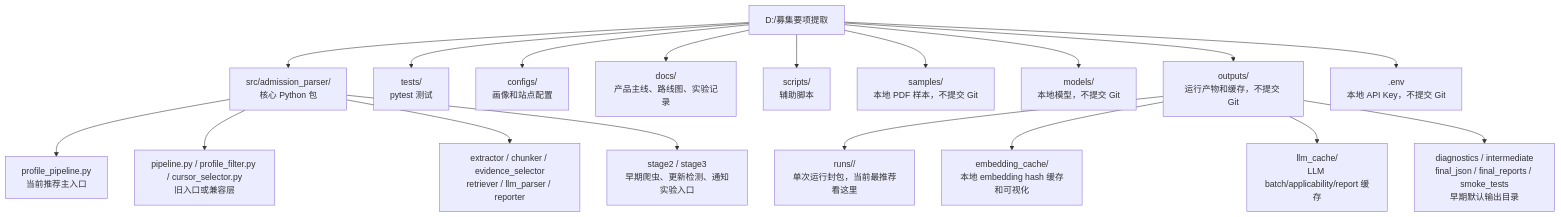
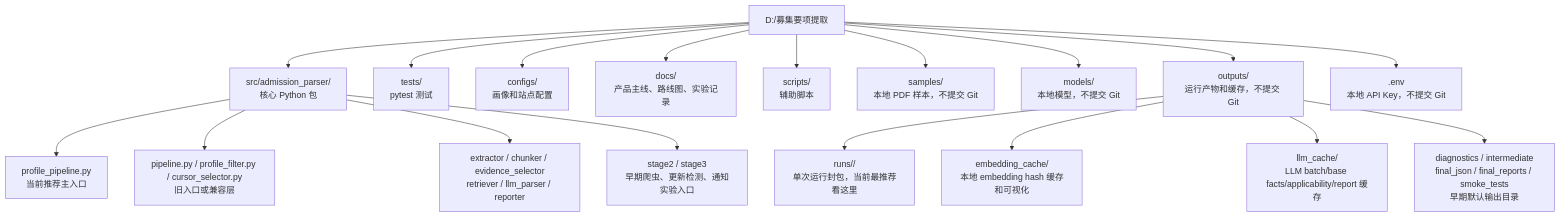
Before and after one commit to yasu-isct/flie-extract: the first of 4 diagrams in docs/architecture.md, drawn with Mermaid. The commit also changed other lines of this file and 5 other files, not shown here.

Commit message:
Add profile independent base facts cache

````diff
--- a/docs/architecture.md
+++ b/docs/architecture.md
@@ -7,24 +7,24 @@
 ```mermaid
 flowchart TB
     repo["D:/募集要项提取"]
 
     repo --> source["src/admission_parser/\n核心 Python 包"]
     repo --> tests["tests/\npytest 测试"]
     repo --> configs["configs/\n画像和站点配置"]
     repo --> docs["docs/\n产品主线、路线图、实验记录"]
     repo --> scripts["scripts/\n辅助脚本"]
     repo --> samples["samples/\n本地 PDF 样本，不提交 Git"]
     repo --> models["models/\n本地模型，不提交 Git"]
     repo --> outputs["outputs/\n运行产物和缓存，不提交 Git"]
     repo --> env[".env\n本地 API Key，不提交 Git"]
 
     source --> entry["profile_pipeline.py\n当前推荐主入口"]
     source --> legacy["pipeline.py / profile_filter.py / cursor_selector.py\n旧入口或兼容层"]
     source --> core["extractor / chunker / evidence_selector\nretriever / llm_parser / reporter"]
     source --> future["stage2 / stage3\n早期爬虫、更新检测、通知实验入口"]
 
     outputs --> runs["runs/<run_name>/\n单次运行封包，当前最推荐看这里"]
     outputs --> embedding["embedding_cache/\n本地 embedding hash 缓存和可视化"]
-    outputs --> llm["llm_cache/\nLLM batch/applicability/report 缓存"]
+    outputs --> llm["llm_cache/\nLLM batch/base facts/applicability/report 缓存"]
     outputs --> old_outputs["diagnostics / intermediate\nfinal_json / final_reports / smoke_tests\n早期默认输出目录"]
 ```
````
